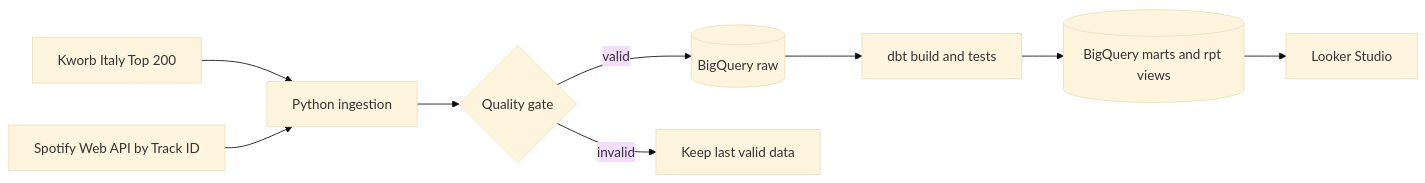
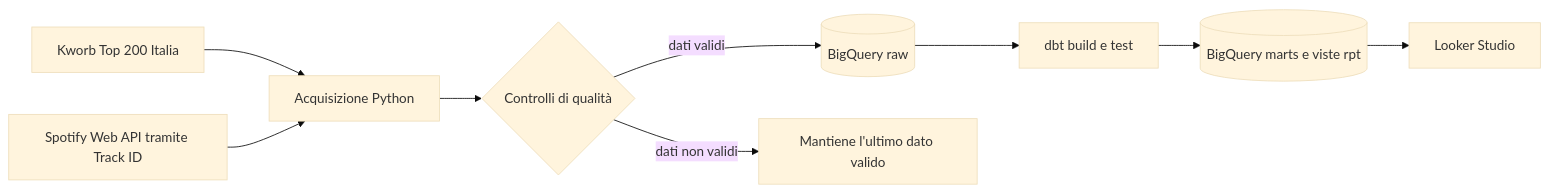
One commit to Ludovicofonti/Portfolio_Ludovico_Fonti changed the diagram in spotify-analytics/README.md. Above: the diagram before and after it, drawn with Mermaid (base theme). The commit also changed other lines of this file and 2 other files, not shown here.

Commit message:
docs(spotify): aggiorna dashboard in italiano

````diff
--- a/spotify-analytics/README.md
+++ b/spotify-analytics/README.md
@@ -41,11 +45,11 @@
 ```mermaid
 flowchart LR
-    K[Kworb Italy Top 200] --> P[Python ingestion]
-    S[Spotify Web API by Track ID] --> P
-    P --> H{Quality gate}
-    H -->|valid| D[(BigQuery raw)]
-    H -->|invalid| L[Keep last valid data]
-    D --> B[dbt build and tests]
-    B --> M[(BigQuery marts and rpt views)]
+    K[Kworb Top 200 Italia] --> P[Acquisizione Python]
+    S[Spotify Web API tramite Track ID] --> P
+    P --> H{Controlli di qualità}
+    H -->|dati validi| D[(BigQuery raw)]
+    H -->|dati non validi| L[Mantiene l'ultimo dato valido]
+    D --> B[dbt build e test]
+    B --> M[(BigQuery marts e viste rpt)]
     M --> G[Looker Studio]
 ```
````
